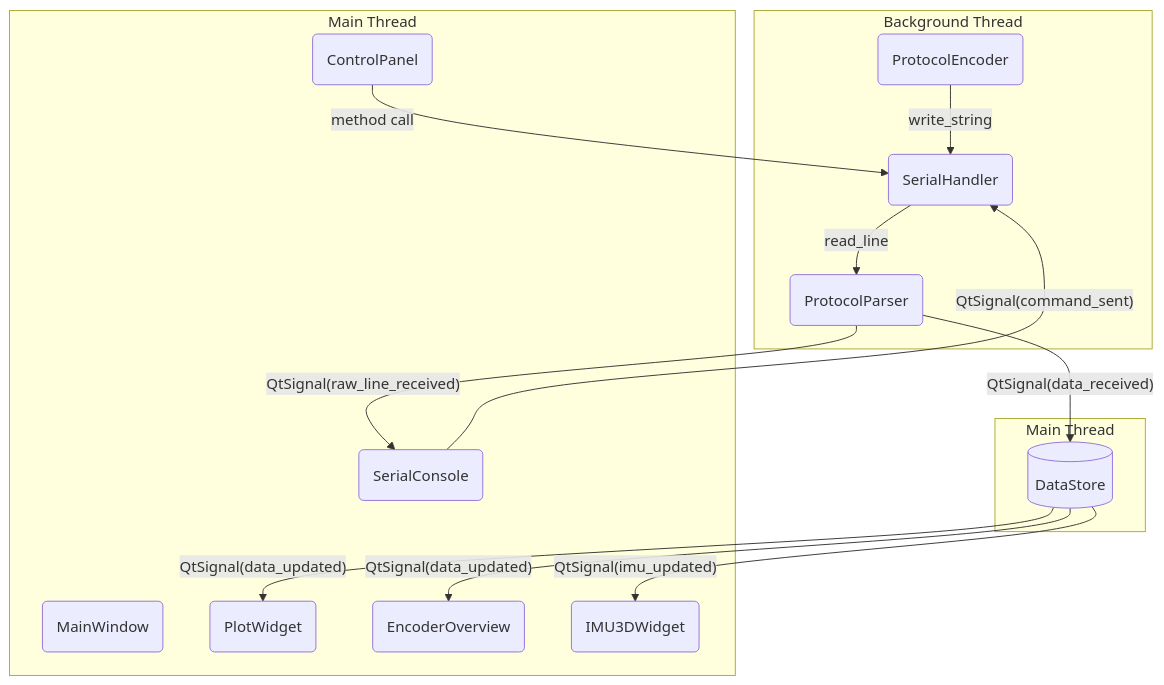
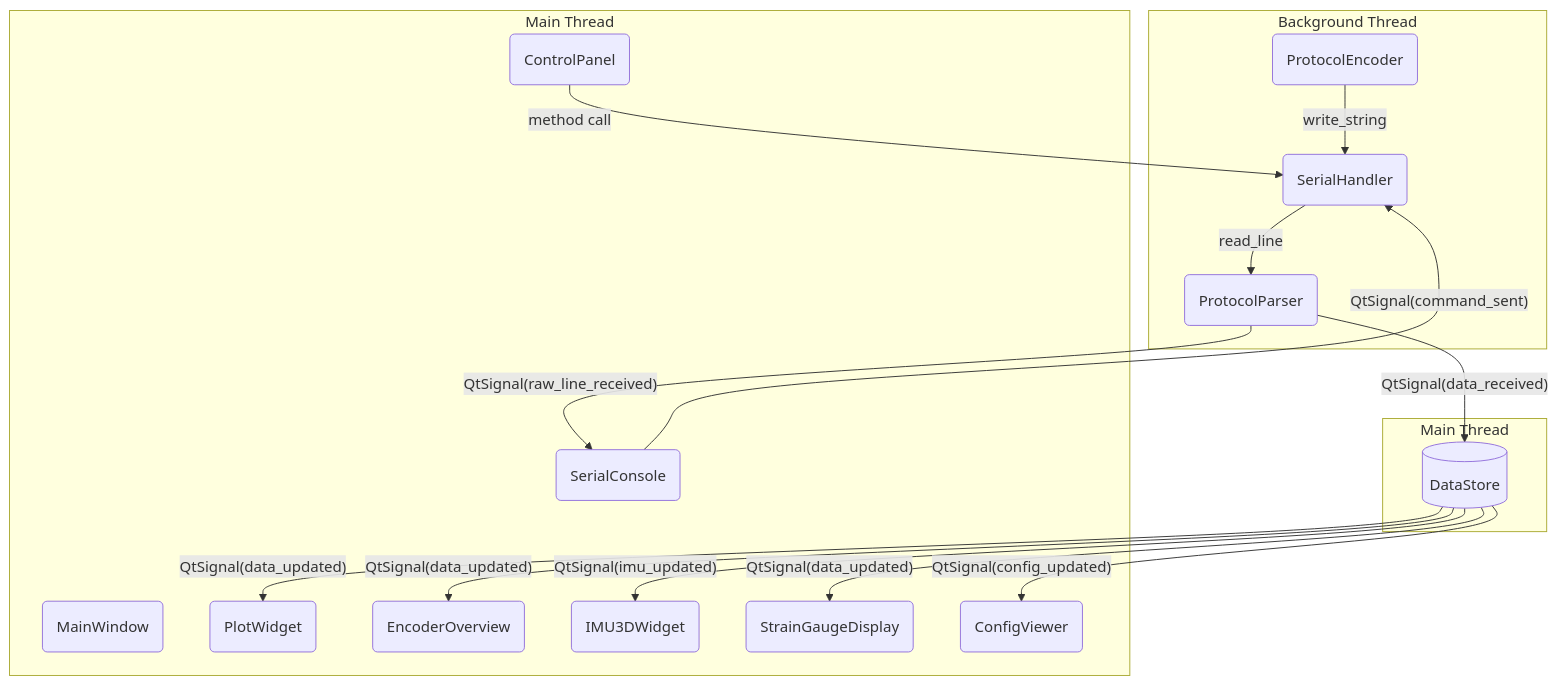
The diagram in docs/pid_tuner/ARCHITECTURE.md (rammp-org/Demo-Software), drawn with Mermaid before and after one commit. The commit also changed other lines of this file and 8 other files, not shown here.

````diff
--- a/docs/pid_tuner/ARCHITECTURE.md
+++ b/docs/pid_tuner/ARCHITECTURE.md
@@ -7,37 +7,41 @@
 ```mermaid
 flowchart TD
     subgraph Serial Thread [Background Thread]
         SerialHandler(SerialHandler)
         ProtocolParser(ProtocolParser)
         ProtocolEncoder(ProtocolEncoder)
         
         SerialHandler -- read_line --> ProtocolParser
         ProtocolEncoder -- write_string --> SerialHandler
     end
     
     subgraph Data Layer [Main Thread]
         DataStore[(DataStore)]
     end
     
     subgraph UI Layer [Main Thread]
         MainWindow(MainWindow)
         ControlPanel(ControlPanel)
         PlotWidget(PlotWidget)
         EncoderOverview(EncoderOverview)
         SerialConsole(SerialConsole)
         IMU3DWidget(IMU3DWidget)
+        StrainGaugeDisplay(StrainGaugeDisplay)
+        ConfigViewer(ConfigViewer)
     end
 
     %% Data flowing IN (Telemetry)
     ProtocolParser -- "QtSignal(data_received)" --> DataStore
     DataStore -- "QtSignal(data_updated)" --> PlotWidget
     DataStore -- "QtSignal(data_updated)" --> EncoderOverview
     DataStore -- "QtSignal(imu_updated)" --> IMU3DWidget
+    DataStore -- "QtSignal(data_updated)" --> StrainGaugeDisplay
+    DataStore -- "QtSignal(config_updated)" --> ConfigViewer
     
     %% Raw Console feed
     ProtocolParser -- "QtSignal(raw_line_received)" --> SerialConsole
     
     %% Commands flowing OUT
     ControlPanel -- "method call" --> SerialHandler
     SerialConsole -- "QtSignal(command_sent)" --> SerialHandler
 ```
````
